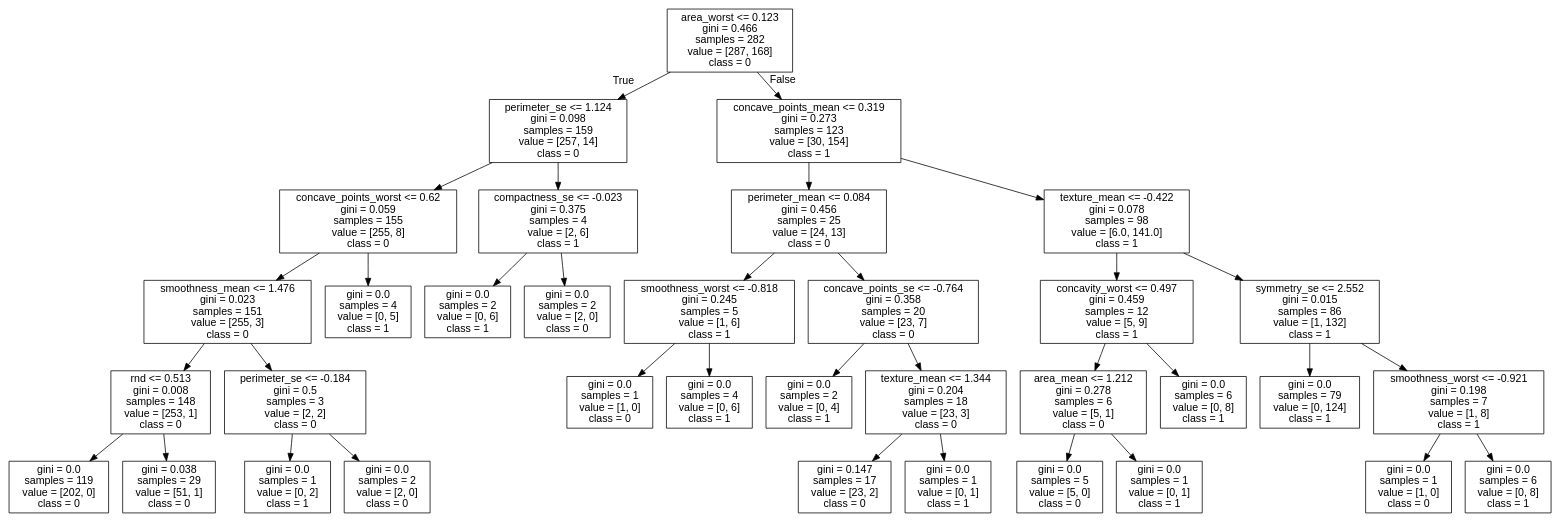
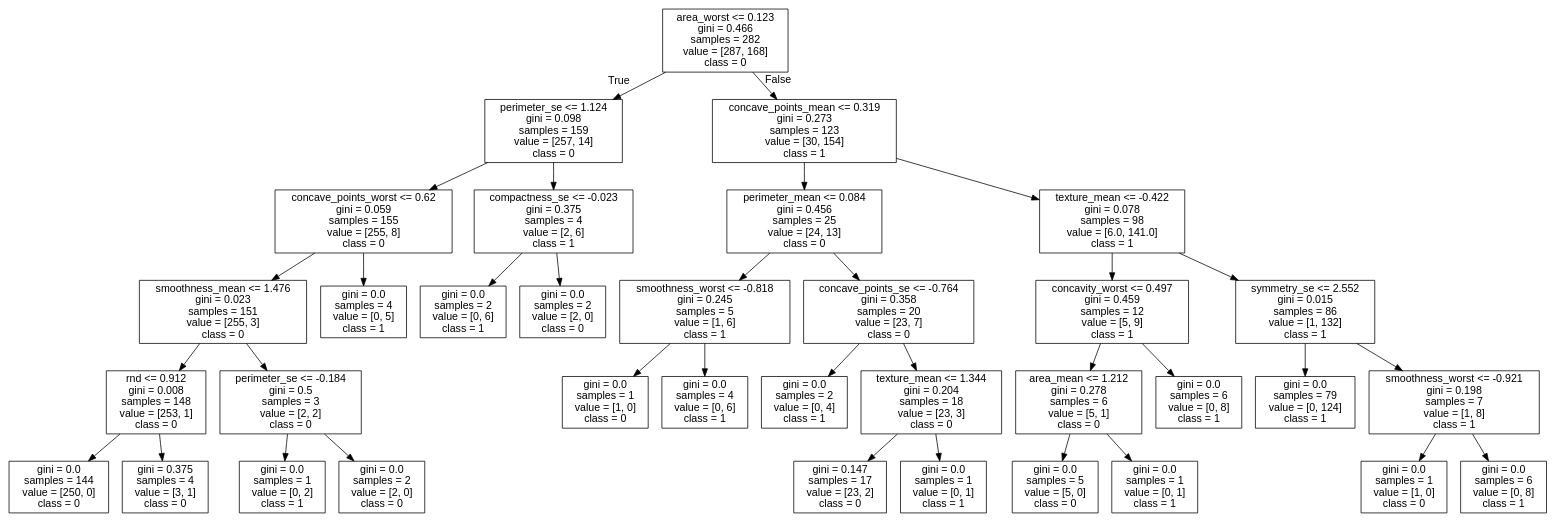
Before and after one commit to cyrilvincent/ML: the diagram in data/breast-cancer/tree.dot, drawn with Graphviz. The commit also changed 8 other files, not shown here.

```diff
--- a/data/breast-cancer/tree.dot
+++ b/data/breast-cancer/tree.dot
@@ -1,73 +1,73 @@
 digraph Tree {
 node [shape=box, fontname="helvetica"] ;
 edge [fontname="helvetica"] ;
 0 [label="area_worst <= 0.123\ngini = 0.466\nsamples = 282\nvalue = [287, 168]\nclass = 0"] ;
 1 [label="perimeter_se <= 1.124\ngini = 0.098\nsamples = 159\nvalue = [257, 14]\nclass = 0"] ;
 0 -> 1 [labeldistance=2.5, labelangle=45, headlabel="True"] ;
 2 [label="concave_points_worst <= 0.62\ngini = 0.059\nsamples = 155\nvalue = [255, 8]\nclass = 0"] ;
 1 -> 2 ;
 3 [label="smoothness_mean <= 1.476\ngini = 0.023\nsamples = 151\nvalue = [255, 3]\nclass = 0"] ;
 2 -> 3 ;
-4 [label="rnd <= 0.513\ngini = 0.008\nsamples = 148\nvalue = [253, 1]\nclass = 0"] ;
+4 [label="rnd <= 0.912\ngini = 0.008\nsamples = 148\nvalue = [253, 1]\nclass = 0"] ;
 3 -> 4 ;
-5 [label="gini = 0.0\nsamples = 119\nvalue = [202, 0]\nclass = 0"] ;
+5 [label="gini = 0.0\nsamples = 144\nvalue = [250, 0]\nclass = 0"] ;
 4 -> 5 ;
-6 [label="gini = 0.038\nsamples = 29\nvalue = [51, 1]\nclass = 0"] ;
+6 [label="gini = 0.375\nsamples = 4\nvalue = [3, 1]\nclass = 0"] ;
 4 -> 6 ;
 7 [label="perimeter_se <= -0.184\ngini = 0.5\nsamples = 3\nvalue = [2, 2]\nclass = 0"] ;
 3 -> 7 ;
 8 [label="gini = 0.0\nsamples = 1\nvalue = [0, 2]\nclass = 1"] ;
 7 -> 8 ;
 9 [label="gini = 0.0\nsamples = 2\nvalue = [2, 0]\nclass = 0"] ;
 7 -> 9 ;
 10 [label="gini = 0.0\nsamples = 4\nvalue = [0, 5]\nclass = 1"] ;
 2 -> 10 ;
 11 [label="compactness_se <= -0.023\ngini = 0.375\nsamples = 4\nvalue = [2, 6]\nclass = 1"] ;
 1 -> 11 ;
 12 [label="gini = 0.0\nsamples = 2\nvalue = [0, 6]\nclass = 1"] ;
 11 -> 12 ;
 13 [label="gini = 0.0\nsamples = 2\nvalue = [2, 0]\nclass = 0"] ;
 11 -> 13 ;
 14 [label="concave_points_mean <= 0.319\ngini = 0.273\nsamples = 123\nvalue = [30, 154]\nclass = 1"] ;
 0 -> 14 [labeldistance=2.5, labelangle=-45, headlabel="False"] ;
 15 [label="perimeter_mean <= 0.084\ngini = 0.456\nsamples = 25\nvalue = [24, 13]\nclass = 0"] ;
 14 -> 15 ;
 16 [label="smoothness_worst <= -0.818\ngini = 0.245\nsamples = 5\nvalue = [1, 6]\nclass = 1"] ;
 15 -> 16 ;
 17 [label="gini = 0.0\nsamples = 1\nvalue = [1, 0]\nclass = 0"] ;
 16 -> 17 ;
 18 [label="gini = 0.0\nsamples = 4\nvalue = [0, 6]\nclass = 1"] ;
 16 -> 18 ;
 19 [label="concave_points_se <= -0.764\ngini = 0.358\nsamples = 20\nvalue = [23, 7]\nclass = 0"] ;
 15 -> 19 ;
 20 [label="gini = 0.0\nsamples = 2\nvalue = [0, 4]\nclass = 1"] ;
 19 -> 20 ;
 21 [label="texture_mean <= 1.344\ngini = 0.204\nsamples = 18\nvalue = [23, 3]\nclass = 0"] ;
 19 -> 21 ;
 22 [label="gini = 0.147\nsamples = 17\nvalue = [23, 2]\nclass = 0"] ;
 21 -> 22 ;
 23 [label="gini = 0.0\nsamples = 1\nvalue = [0, 1]\nclass = 1"] ;
 21 -> 23 ;
 24 [label="texture_mean <= -0.422\ngini = 0.078\nsamples = 98\nvalue = [6.0, 141.0]\nclass = 1"] ;
 14 -> 24 ;
 25 [label="concavity_worst <= 0.497\ngini = 0.459\nsamples = 12\nvalue = [5, 9]\nclass = 1"] ;
 24 -> 25 ;
 26 [label="area_mean <= 1.212\ngini = 0.278\nsamples = 6\nvalue = [5, 1]\nclass = 0"] ;
 25 -> 26 ;
 27 [label="gini = 0.0\nsamples = 5\nvalue = [5, 0]\nclass = 0"] ;
 26 -> 27 ;
 28 [label="gini = 0.0\nsamples = 1\nvalue = [0, 1]\nclass = 1"] ;
 26 -> 28 ;
 29 [label="gini = 0.0\nsamples = 6\nvalue = [0, 8]\nclass = 1"] ;
 25 -> 29 ;
 30 [label="symmetry_se <= 2.552\ngini = 0.015\nsamples = 86\nvalue = [1, 132]\nclass = 1"] ;
 24 -> 30 ;
 31 [label="gini = 0.0\nsamples = 79\nvalue = [0, 124]\nclass = 1"] ;
 30 -> 31 ;
 32 [label="smoothness_worst <= -0.921\ngini = 0.198\nsamples = 7\nvalue = [1, 8]\nclass = 1"] ;
 30 -> 32 ;
 33 [label="gini = 0.0\nsamples = 1\nvalue = [1, 0]\nclass = 0"] ;
 32 -> 33 ;
 34 [label="gini = 0.0\nsamples = 6\nvalue = [0, 8]\nclass = 1"] ;
 32 -> 34 ;
 }
```
